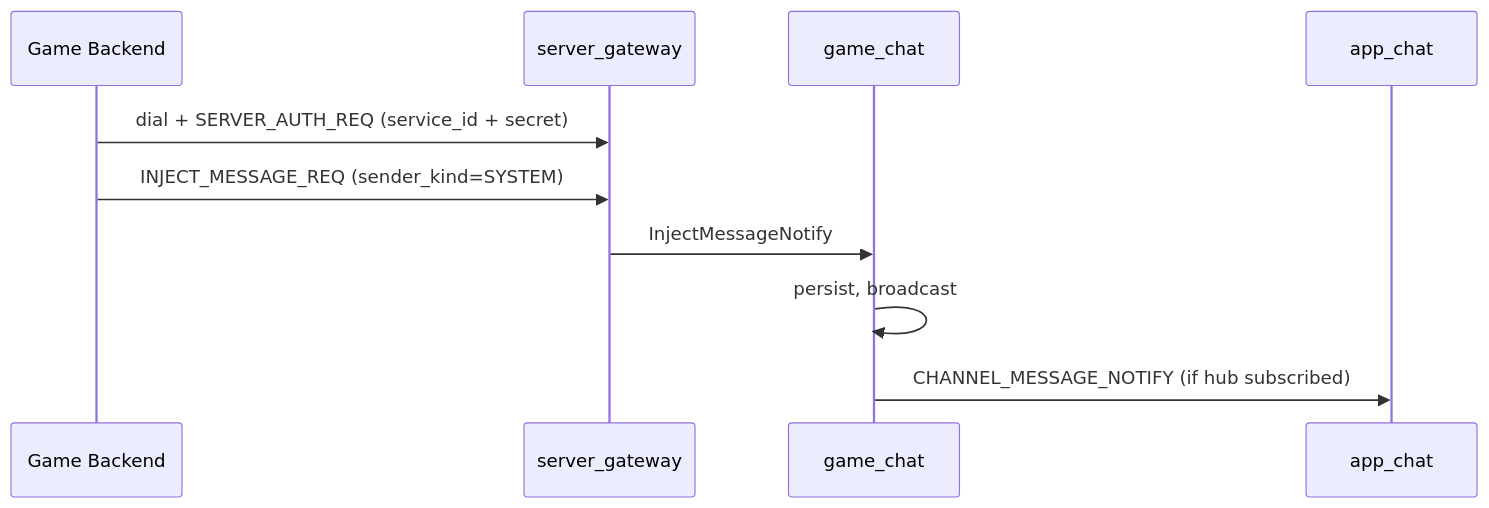
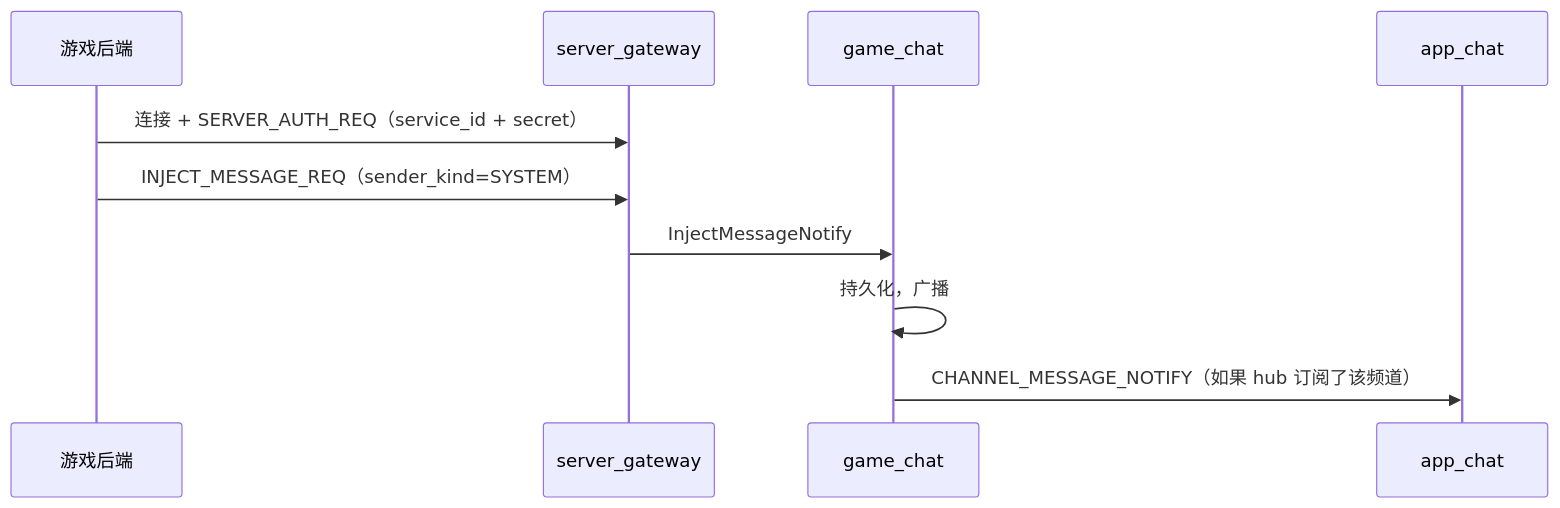
One commit to cuihairu/chirp changed the fifth of 5 diagrams in docs/architecture.md. Above: the diagram before and after it, drawn with Mermaid. The commit also changed other lines of this file, not shown here.

Commit message:
docs: rewrite architecture.md entirely in Chinese

````diff
--- a/docs/architecture.md
+++ b/docs/architecture.md
@@ -224,13 +224,13 @@
 ```mermaid
 sequenceDiagram
-    participant GB as Game Backend
+    participant GB as 游戏后端
     participant SG as server_gateway
     participant GC as game_chat
     participant AC as app_chat
 
-    GB->>SG: dial + SERVER_AUTH_REQ (service_id + secret)
-    GB->>SG: INJECT_MESSAGE_REQ (sender_kind=SYSTEM)
+    GB->>SG: 连接 + SERVER_AUTH_REQ（service_id + secret）
+    GB->>SG: INJECT_MESSAGE_REQ（sender_kind=SYSTEM）
     SG->>GC: InjectMessageNotify
-    GC->>GC: persist, broadcast
-    GC->>AC: CHANNEL_MESSAGE_NOTIFY (if hub subscribed)
+    GC->>GC: 持久化，广播
+    GC->>AC: CHANNEL_MESSAGE_NOTIFY（如果 hub 订阅了该频道）
 ```
````
